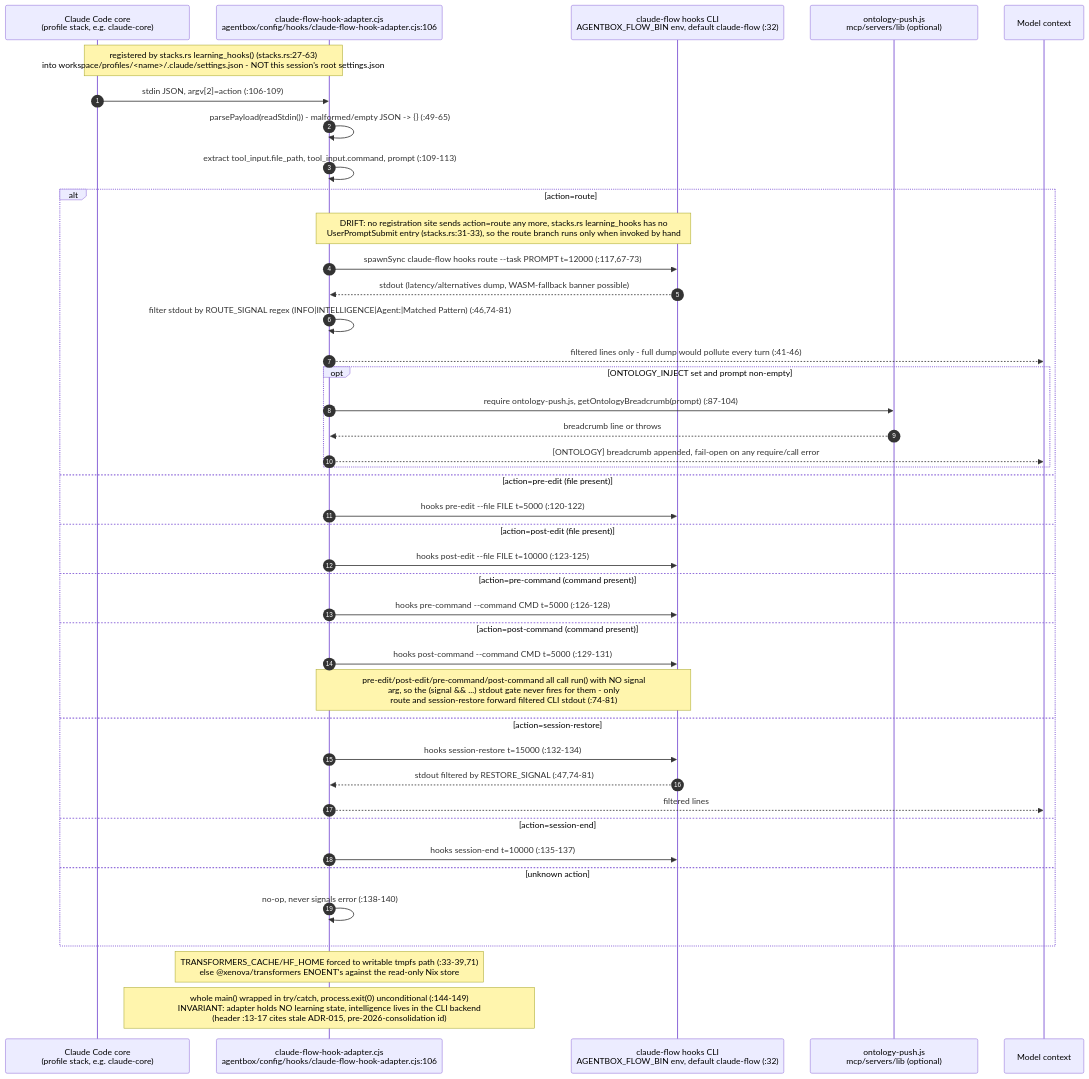
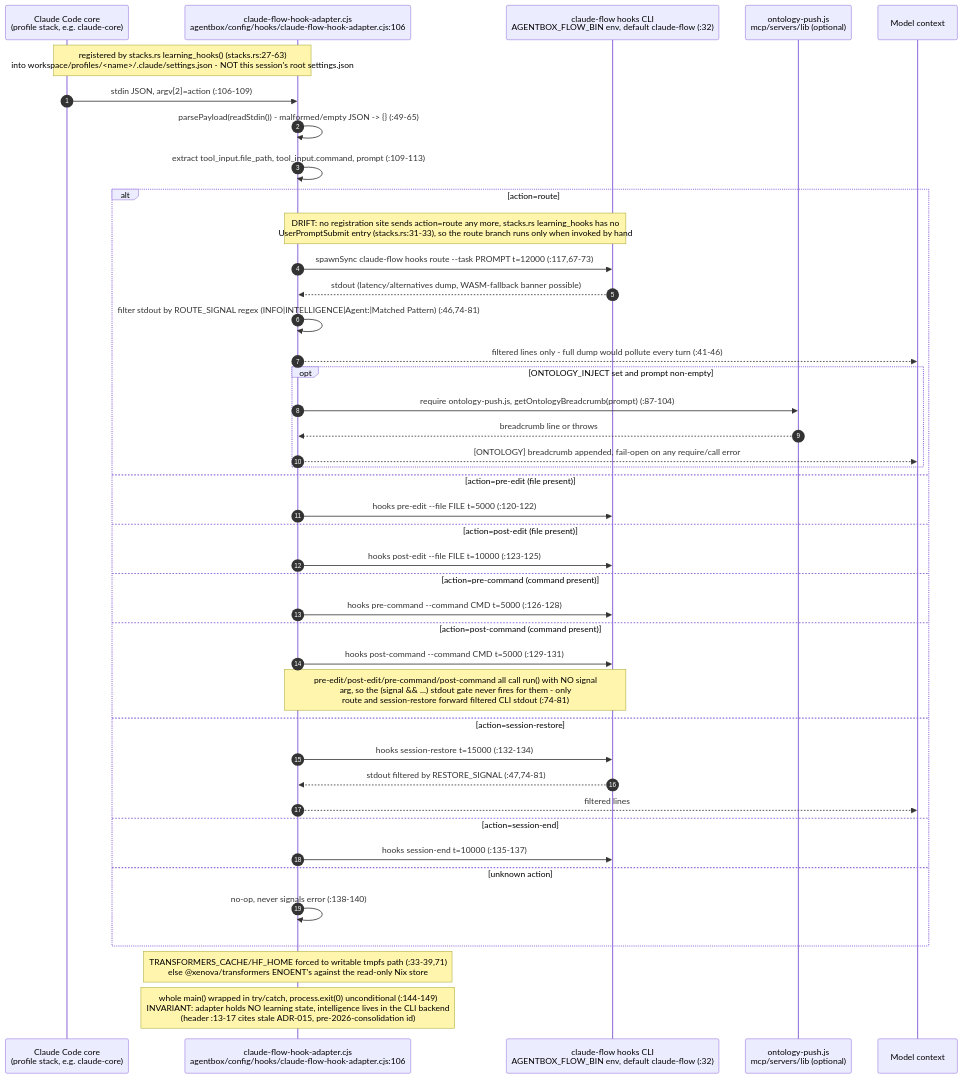
Before and after one commit to DreamLab-AI/VisionFlow: the first of 6 diagrams in docs/diagrams/agentbox/48-hook-handler-scripts-and-shared-helpers.md, drawn with Mermaid. The commit also changed other lines of this file and 1 other file, not shown here.

First line of the commit message:
docs(diagrams): decode HTML entity escapes in AB-08 and AB-48

````diff
--- a/docs/diagrams/agentbox/48-hook-handler-scripts-and-shared-helpers.md
+++ b/docs/diagrams/agentbox/48-hook-handler-scripts-and-shared-helpers.md
@@ -42,45 +42,45 @@
 ```mermaid
 sequenceDiagram
     autonumber
-    participant CC as Claude Code core<br/>#40;profile stack, e.g. claude-core#41;
+    participant CC as Claude Code core<br/>(profile stack, e.g. claude-core)
     participant AD as claude-flow-hook-adapter.cjs<br/>agentbox/config/hooks/claude-flow-hook-adapter.cjs:106
     participant CLI as claude-flow hooks CLI<br/>AGENTBOX_FLOW_BIN env, default claude-flow (:32)
-    participant OP as ontology-push.js<br/>mcp/servers/lib #40;optional#41;
+    participant OP as ontology-push.js<br/>mcp/servers/lib (optional)
     participant M as Model context
 
-    Note over CC,AD: registered by stacks.rs learning_hooks#40;#41; #40;stacks.rs:27-63#41;<br/>into workspace/profiles/#60;name#62;/.claude/settings.json - NOT this session's root settings.json
+    Note over CC,AD: registered by stacks.rs learning_hooks() (stacks.rs:27-63)<br/>into workspace/profiles/#60;name#62;/.claude/settings.json - NOT this session's root settings.json
     CC->>AD: stdin JSON, argv[2]=action (:106-109)
-    AD->>AD: parsePayload#40;readStdin#40;#41;#41; - malformed/empty JSON -#62; #123;#125; (:49-65)
+    AD->>AD: parsePayload(readStdin()) - malformed/empty JSON -#62; {} (:49-65)
     AD->>AD: extract tool_input.file_path, tool_input.command, prompt (:109-113)
     alt action=route
         Note over AD,CLI: DRIFT: no registration site sends action=route any more, stacks.rs learning_hooks has no<br/>UserPromptSubmit entry (stacks.rs:31-33), so the route branch runs only when invoked by hand
         AD->>CLI: spawnSync claude-flow hooks route --task PROMPT t=12000 (:117,67-73)
-        CLI-->>AD: stdout #40;latency/alternatives dump, WASM-fallback banner possible#41;
-        AD->>AD: filter stdout by ROUTE_SIGNAL regex #40;INFO#124;INTELLIGENCE#124;Agent:#124;Matched Pattern#41; (:46,74-81)
+        CLI-->>AD: stdout (latency/alternatives dump, WASM-fallback banner possible)
+        AD->>AD: filter stdout by ROUTE_SIGNAL regex (INFO|INTELLIGENCE|Agent:|Matched Pattern) (:46,74-81)
         AD-->>M: filtered lines only - full dump would pollute every turn (:41-46)
         opt ONTOLOGY_INJECT set and prompt non-empty
-            AD->>OP: require ontology-push.js, getOntologyBreadcrumb#40;prompt#41; (:87-104)
+            AD->>OP: require ontology-push.js, getOntologyBreadcrumb(prompt) (:87-104)
             OP-->>AD: breadcrumb line or throws
-            AD-->>M: #91;ONTOLOGY#93; breadcrumb appended, fail-open on any require/call error
+            AD-->>M: [ONTOLOGY] breadcrumb appended, fail-open on any require/call error
         end
-    else action=pre-edit #40;file present#41;
+    else action=pre-edit (file present)
         AD->>CLI: hooks pre-edit --file FILE t=5000 (:120-122)
-    else action=post-edit #40;file present#41;
+    else action=post-edit (file present)
         AD->>CLI: hooks post-edit --file FILE t=10000 (:123-125)
-    else action=pre-command #40;command present#41;
+    else action=pre-command (command present)
         AD->>CLI: hooks pre-command --command CMD t=5000 (:126-128)
-    else action=post-command #40;command present#41;
+    else action=post-command (command present)
         AD->>CLI: hooks post-command --command CMD t=5000 (:129-131)
-        Note over AD,CLI: pre-edit/post-edit/pre-command/post-command all call run#40;#41; with NO signal<br/>arg, so the #40;signal && ...#41; stdout gate never fires for them - only<br/>route and session-restore forward filtered CLI stdout (:74-81)
+        Note over AD,CLI: pre-edit/post-edit/pre-command/post-command all call run() with NO signal<br/>arg, so the (signal && ...) stdout gate never fires for them - only<br/>route and session-restore forward filtered CLI stdout (:74-81)
     else action=session-restore
         AD->>CLI: hooks session-restore t=15000 (:132-134)
         CLI-->>AD: stdout filtered by RESTORE_SIGNAL (:47,74-81)
         AD-->>M: filtered lines
     else action=session-end
         AD->>CLI: hooks session-end t=10000 (:135-137)
     else unknown action
         AD->>AD: no-op, never signals error (:138-140)
     end
     Note over AD: TRANSFORMERS_CACHE/HF_HOME forced to writable tmpfs path (:33-39,71)<br/>else @xenova/transformers ENOENT#39;s against the read-only Nix store
-    Note over AD: whole main#40;#41; wrapped in try/catch, process.exit#40;0#41; unconditional (:144-149)<br/>INVARIANT: adapter holds NO learning state, intelligence lives in the CLI backend<br/>#40;header :13-17 cites stale ADR-015, pre-2026-consolidation id#41;
+    Note over AD: whole main() wrapped in try/catch, process.exit(0) unconditional (:144-149)<br/>INVARIANT: adapter holds NO learning state, intelligence lives in the CLI backend<br/>(header :13-17 cites stale ADR-015, pre-2026-consolidation id)
 ```
````
